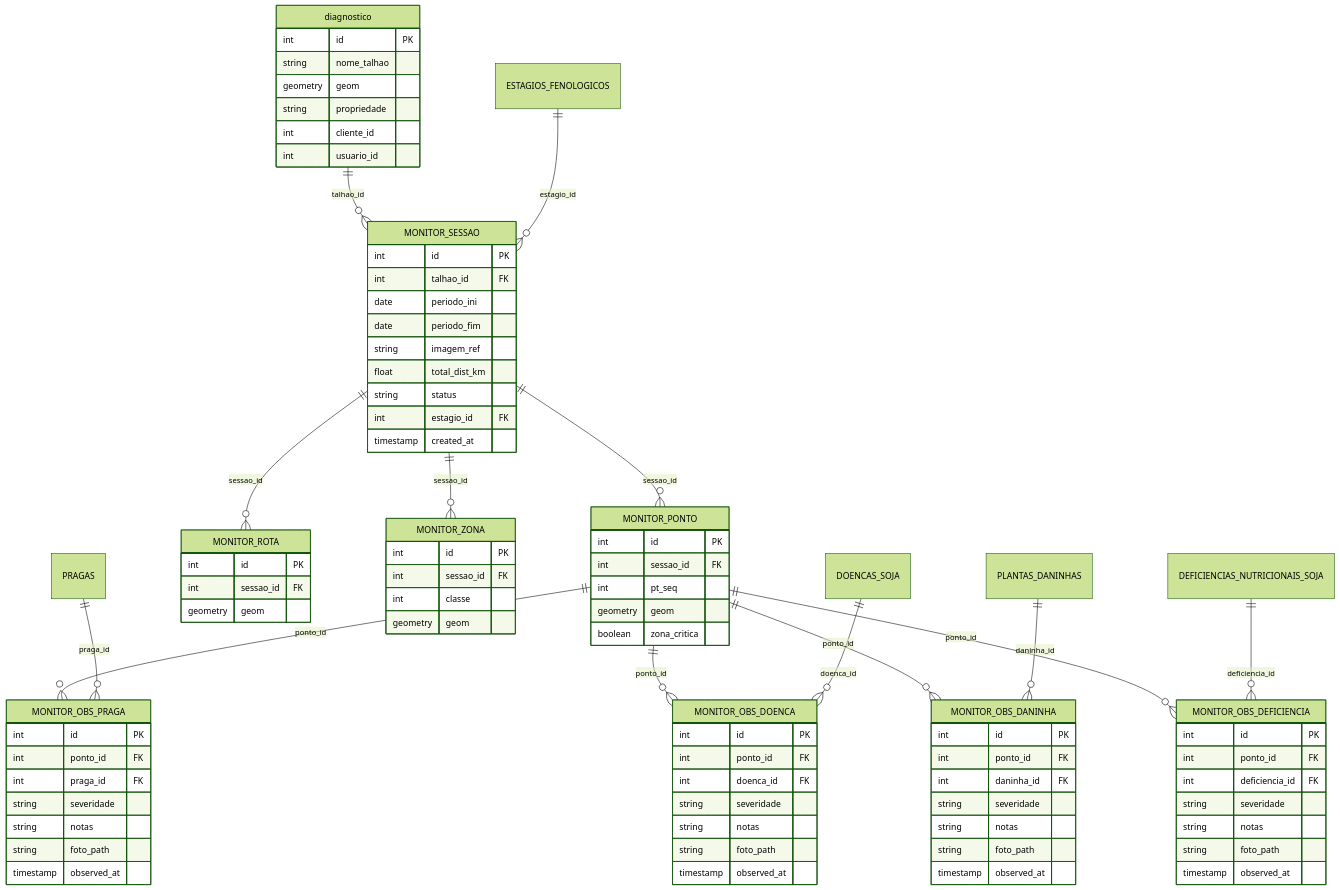
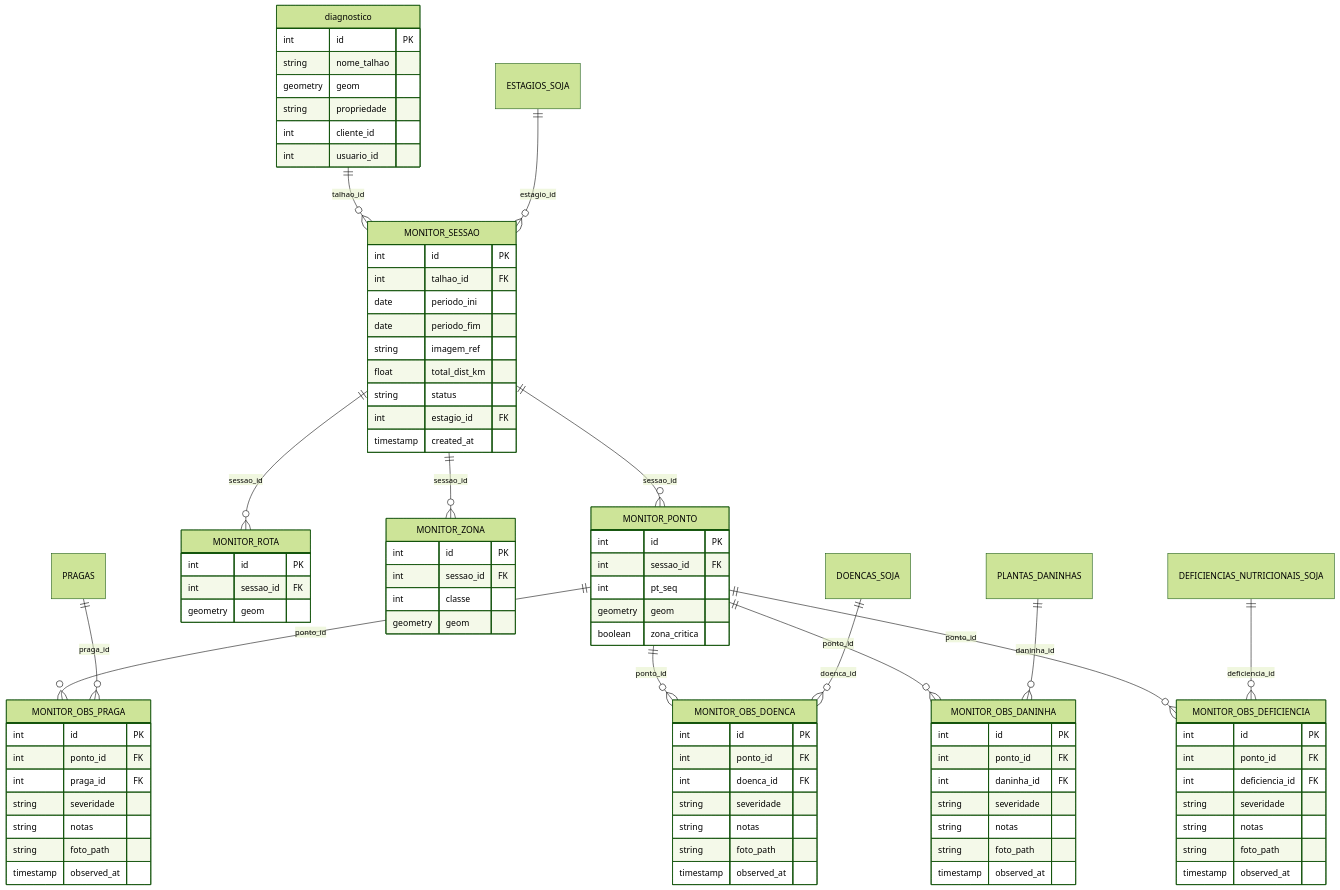
One commit to Sertan-AI/documentacao-ss-camada1 changed the diagram in docs_monitoramento_relacionamento.md. Above: the diagram before and after it, drawn with Mermaid (forest theme). The commit also changed other lines of this file and 7 other files, not shown here.

```diff
--- a/docs_monitoramento_relacionamento.md
+++ b/docs_monitoramento_relacionamento.md
@@ -22,7 +22,7 @@
     DOENCAS_SOJA ||--o{ MONITOR_OBS_DOENCA : "doenca_id"
     PLANTAS_DANINHAS ||--o{ MONITOR_OBS_DANINHA : "daninha_id"
     DEFICIENCIAS_NUTRICIONAIS_SOJA ||--o{ MONITOR_OBS_DEFICIENCIA : "deficiencia_id"
-    ESTAGIOS_FENOLOGICOS ||--o{ MONITOR_SESSAO : "estagio_id"
+    ESTAGIOS_SOJA ||--o{ MONITOR_SESSAO : "estagio_id"
 
     diagnostico {
         int id PK
```
